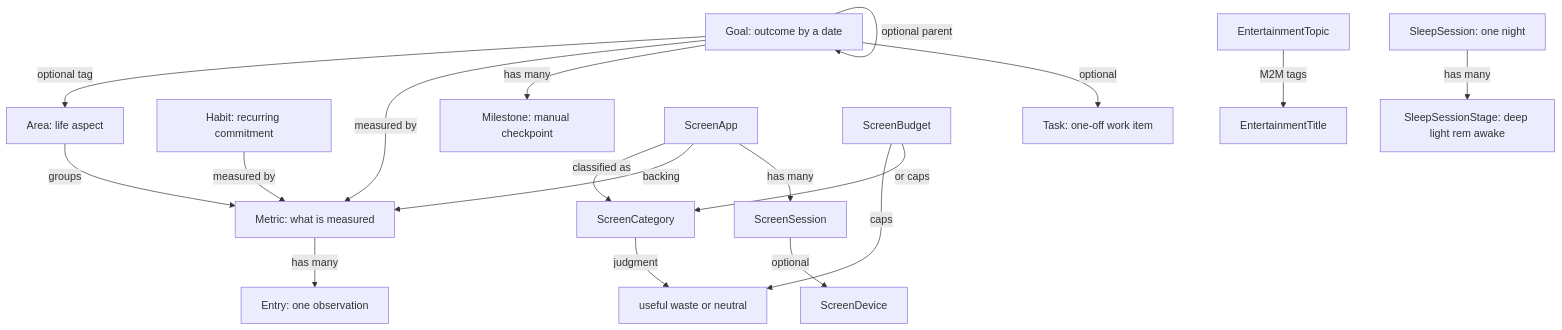
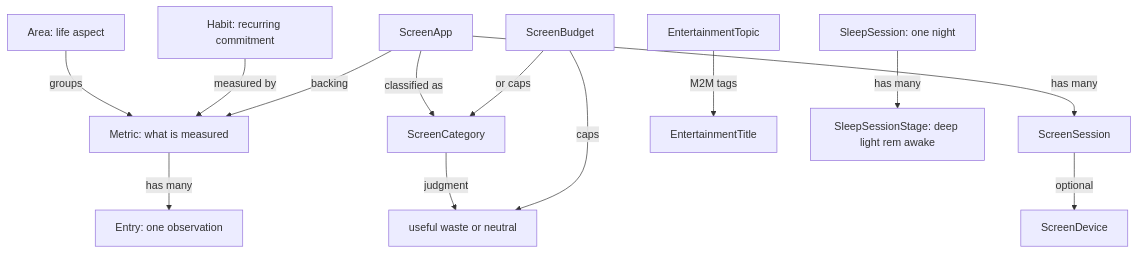
One commit to gio-white/atlas changed the first of 2 diagrams in docs/architecture/data-model.md. Above: the diagram before and after it, drawn with Mermaid. The commit also changed other lines of this file and 102 other files, not shown here.

First line of the commit message:
Remove goals and tasks; add schema 11 quest tables

````diff
--- a/docs/architecture/data-model.md
+++ b/docs/architecture/data-model.md
@@ -22,22 +24,17 @@
 ```mermaid
 flowchart TD
   Area[Area: life aspect] -->|groups| Metric[Metric: what is measured]
   Metric -->|has many| Entry[Entry: one observation]
   Habit[Habit: recurring commitment] -->|measured by| Metric
-  Goal[Goal: outcome by a date] -->|optional tag| Area
-  Goal -->|measured by| Metric
-  Goal -->|has many| Milestone[Milestone: manual checkpoint]
-  Goal -->|optional parent| Goal
-  Goal -->|optional| Task[Task: one-off work item]
   ScreenCategory[ScreenCategory] -->|judgment| ScreenJudgment[useful waste or neutral]
   ScreenApp[ScreenApp] -->|classified as| ScreenCategory
   ScreenApp -->|backing| Metric
   ScreenApp -->|has many| ScreenSession[ScreenSession]
   ScreenSession -->|optional| ScreenDevice[ScreenDevice]
   ScreenBudget[ScreenBudget] -->|caps| ScreenJudgment
   ScreenBudget -->|or caps| ScreenCategory
   EntertainmentTopic[EntertainmentTopic]
   EntertainmentTitle[EntertainmentTitle]
   EntertainmentTopic -->|M2M tags| EntertainmentTitle
   SleepSession[SleepSession: one night] -->|has many| SleepSessionStage[SleepSessionStage: deep light rem awake]
 ```
````
